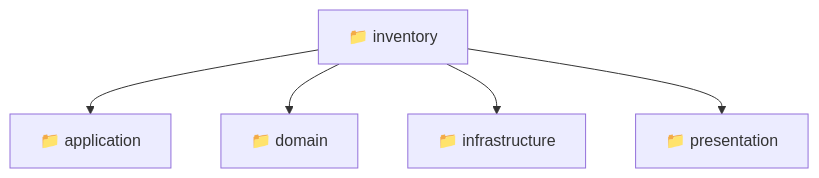
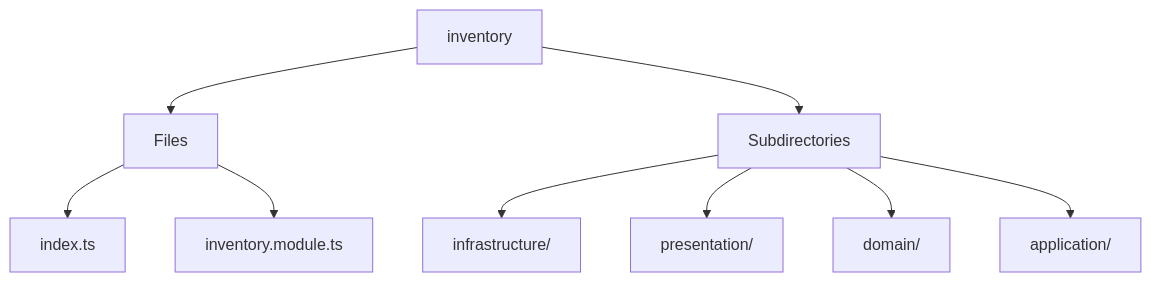
The diagram in backend/src/modules/inventory/README.md (beginwebdev2002/fullstack-mavluda), drawn with Mermaid before and after one commit. The commit also changed other lines of this file and 167 other files, not shown here.

````diff
--- a/backend/src/modules/inventory/README.md
+++ b/backend/src/modules/inventory/README.md
@@ -9,8 +12,11 @@
 ```mermaid
 graph TD
-  inventory["📁 inventory"]
-  inventory --> application["📁 application"]
-  inventory --> domain["📁 domain"]
-  inventory --> infrastructure["📁 infrastructure"]
-  inventory --> presentation["📁 presentation"]
+  inventory --> Files
+  Files --> index_ts[index.ts]
+  Files --> inventory_module_ts[inventory.module.ts]
+  inventory --> Subdirectories
+  Subdirectories --> infrastructure[infrastructure/]
+  Subdirectories --> presentation[presentation/]
+  Subdirectories --> domain[domain/]
+  Subdirectories --> application[application/]
 ```
````
